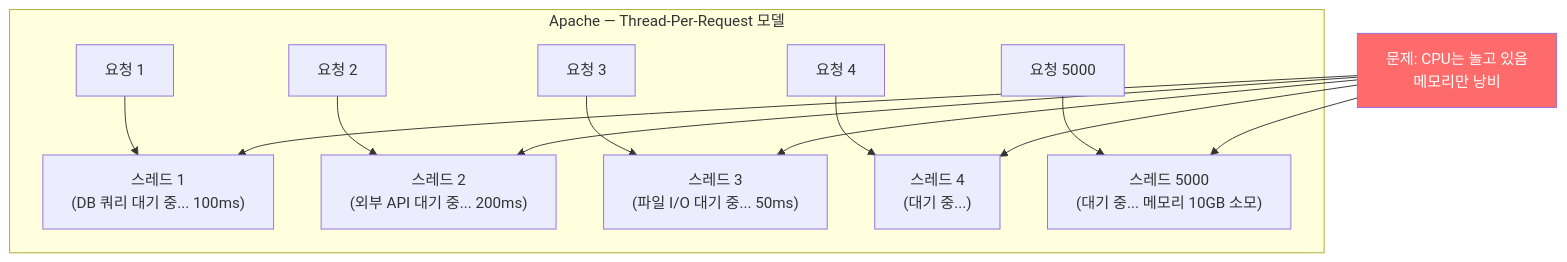
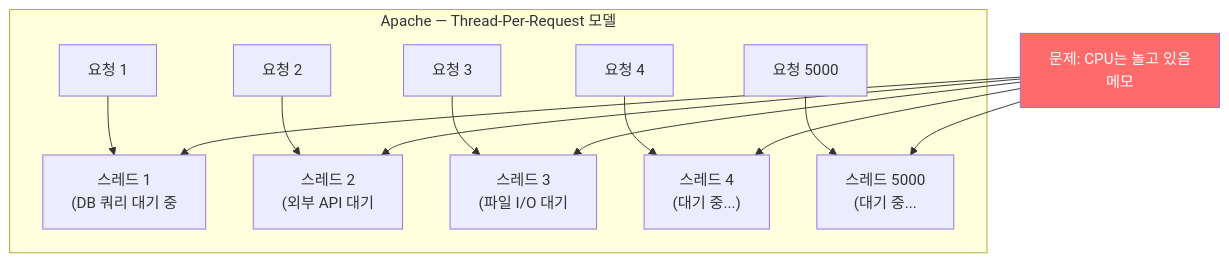
Before and after one commit to yjkim2015/yjkim2015.github.io: the first of 18 diagrams in _posts/server/2026-05-01-nginx.md, drawn with Mermaid. The commit also changed other lines of this file and 271 other files, not shown here.

First line of the commit message:
Mermaid 라벨 축소: 긴 노드 텍스트 18자 이하로 트림 + \n 제거

````diff
--- a/_posts/server/2026-05-01-nginx.md
+++ b/_posts/server/2026-05-01-nginx.md
@@ -29,12 +29,12 @@
 ```mermaid
 graph TD
     subgraph "Apache — Thread-Per-Request 모델"
-        R1["요청 1"] --> T1["스레드 1\n(DB 쿼리 대기 중... 100ms)"]
-        R2["요청 2"] --> T2["스레드 2\n(외부 API 대기 중... 200ms)"]
-        R3["요청 3"] --> T3["스레드 3\n(파일 I/O 대기 중... 50ms)"]
+        R1["요청 1"] --> T1["스레드 1\n(DB 쿼리 대기 중"]
+        R2["요청 2"] --> T2["스레드 2\n(외부 API 대기"]
+        R3["요청 3"] --> T3["스레드 3\n(파일 I/O 대기"]
         R4["요청 4"] --> T4["스레드 4\n(대기 중...)"]
-        R5["요청 5000"] --> T5["스레드 5000\n(대기 중... 메모리 10GB 소모)"]
+        R5["요청 5000"] --> T5["스레드 5000\n(대기 중..."]
     end
-    PROBLEM["문제: CPU는 놀고 있음\n메모리만 낭비"] --> T1 & T2 & T3 & T4 & T5
+    PROBLEM["문제: CPU는 놀고 있음\n메모"] --> T1 & T2 & T3 & T4 & T5
     style PROBLEM fill:#ff6b6b,color:#fff
 ```
````
